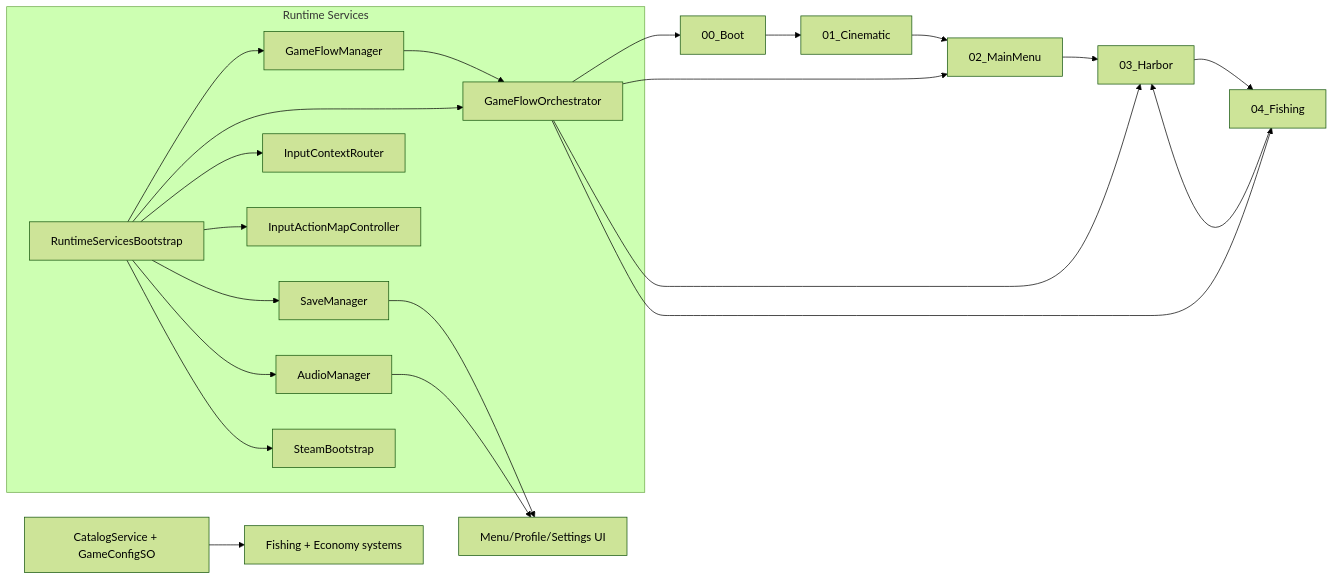
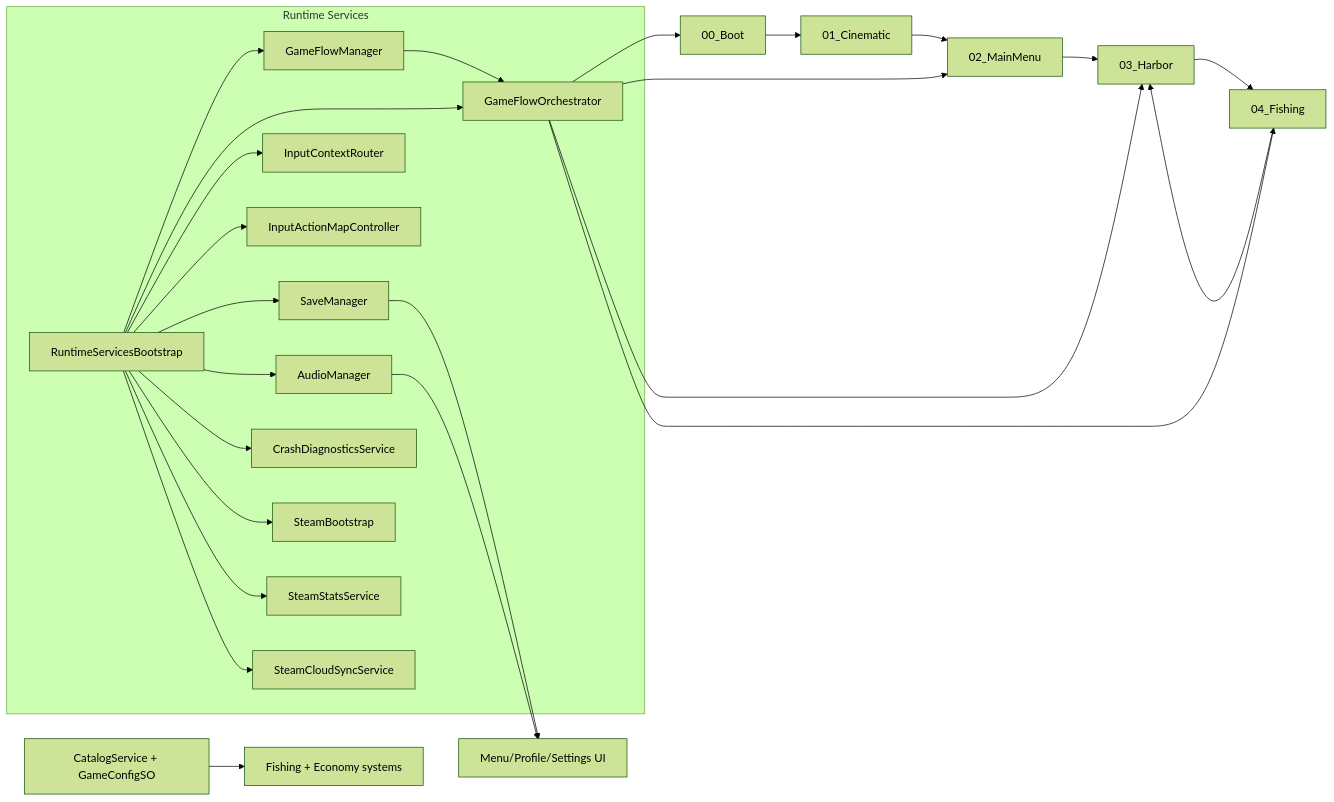
The diagram in docs/ARCHITECTURE.md (raven-dev-ops/Unity_Fishing_Steam_Game), drawn with Mermaid (forest theme) before and after one commit. The commit also changed other lines of this file and 43 other files, not shown here.

Commit message:
Close #127 #128 #139 #140 #141 #144 #146: progression, tutorial, steam cloud/stats, crash diagnostics, and SteamPipe rehearsal

````diff
--- a/docs/ARCHITECTURE.md
+++ b/docs/ARCHITECTURE.md
@@ -3,37 +3,43 @@
 ```mermaid
 flowchart LR
   Boot[00_Boot] --> Cinematic[01_Cinematic]
   Cinematic --> MainMenu[02_MainMenu]
   MainMenu --> Harbor[03_Harbor]
   Harbor --> Fishing[04_Fishing]
   Fishing --> Harbor
 
   subgraph Runtime Services
     GS[RuntimeServicesBootstrap]
     GFM[GameFlowManager]
     GFO[GameFlowOrchestrator]
     ICR[InputContextRouter]
     IAMC[InputActionMapController]
     SM[SaveManager]
     AM[AudioManager]
+    CR[CrashDiagnosticsService]
     ST[SteamBootstrap]
+    SS[SteamStatsService]
+    SC[SteamCloudSyncService]
   end
 
   GS --> GFM
   GS --> GFO
   GS --> ICR
   GS --> IAMC
   GS --> SM
   GS --> AM
+  GS --> CR
   GS --> ST
+  GS --> SS
+  GS --> SC
 
   GFM --> GFO
   GFO --> Boot
   GFO --> MainMenu
   GFO --> Harbor
   GFO --> Fishing
 
   Catalog[CatalogService + GameConfigSO] --> FishingSystems[Fishing + Economy systems]
   SM --> UISystems[Menu/Profile/Settings UI]
   AM --> UISystems
 ```
````
